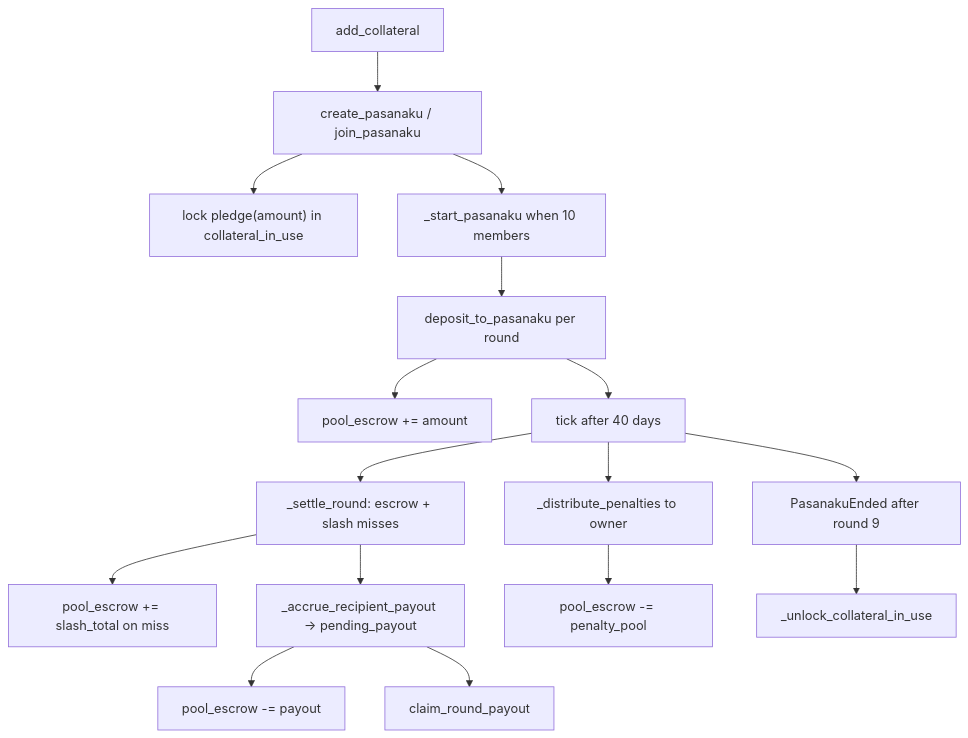
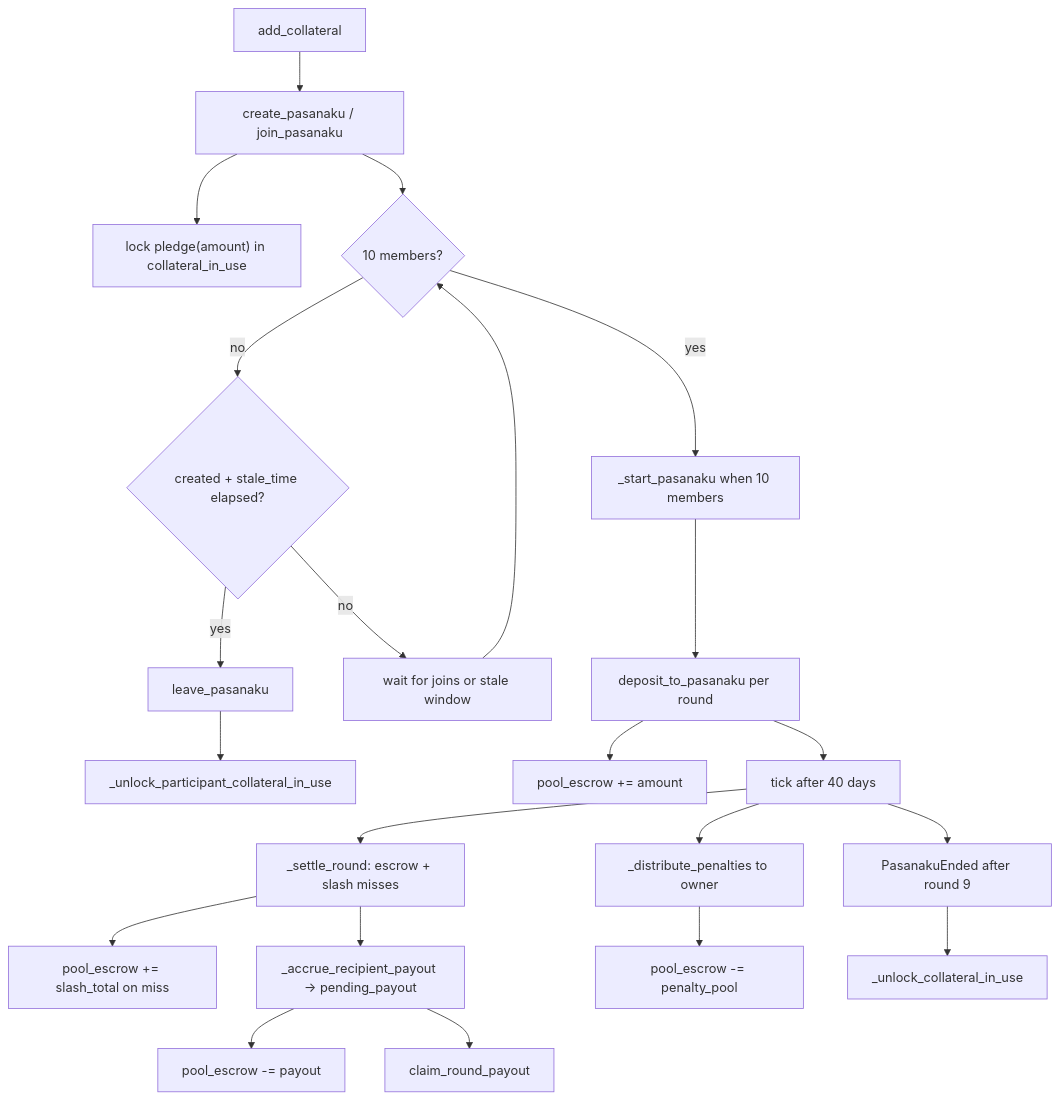
Before and after one commit to PasanakuOnchain/core-v2: the diagram in docs/protocol-flow.md, drawn with Mermaid. The commit also changed other lines of this file and 17 other files, not shown here.

````diff
--- a/docs/protocol-flow.md
+++ b/docs/protocol-flow.md
@@ -5,18 +5,24 @@
 ```mermaid
 flowchart TD
     addCollateral[add_collateral] --> createJoin[create_pasanaku / join_pasanaku]
     createJoin --> lockPledge["lock pledge(amount) in collateral_in_use"]
-    createJoin --> startPool["_start_pasanaku when 10 members"]
+    createJoin --> pendingCheck{10 members?}
+    pendingCheck -->|no| staleCheck{created + stale_time elapsed?}
+    staleCheck -->|yes| leavePool[leave_pasanaku]
+    leavePool --> unlockLeave["_unlock_participant_collateral_in_use"]
+    staleCheck -->|no| pendingWait[wait for joins or stale window]
+    pendingWait --> pendingCheck
+    pendingCheck -->|yes| startPool["_start_pasanaku when 10 members"]
     startPool --> depositRound[deposit_to_pasanaku per round]
     depositRound --> poolEscrowCredit["pool_escrow += amount"]
     depositRound --> tick[tick after 40 days]
     tick --> settleRound["_settle_round: escrow + slash misses"]
     settleRound --> poolEscrowSlash["pool_escrow += slash_total on miss"]
     settleRound --> accrue["_accrue_recipient_payout → pending_payout"]
     accrue --> poolEscrowDebit["pool_escrow -= payout"]
     tick --> penalties["_distribute_penalties to owner"]
     penalties --> poolEscrowPenalty["pool_escrow -= penalty_pool"]
     accrue --> claim[claim_round_payout]
     tick --> endPool[PasanakuEnded after round 9]
     endPool --> unlock["_unlock_collateral_in_use"]
 ```
````
